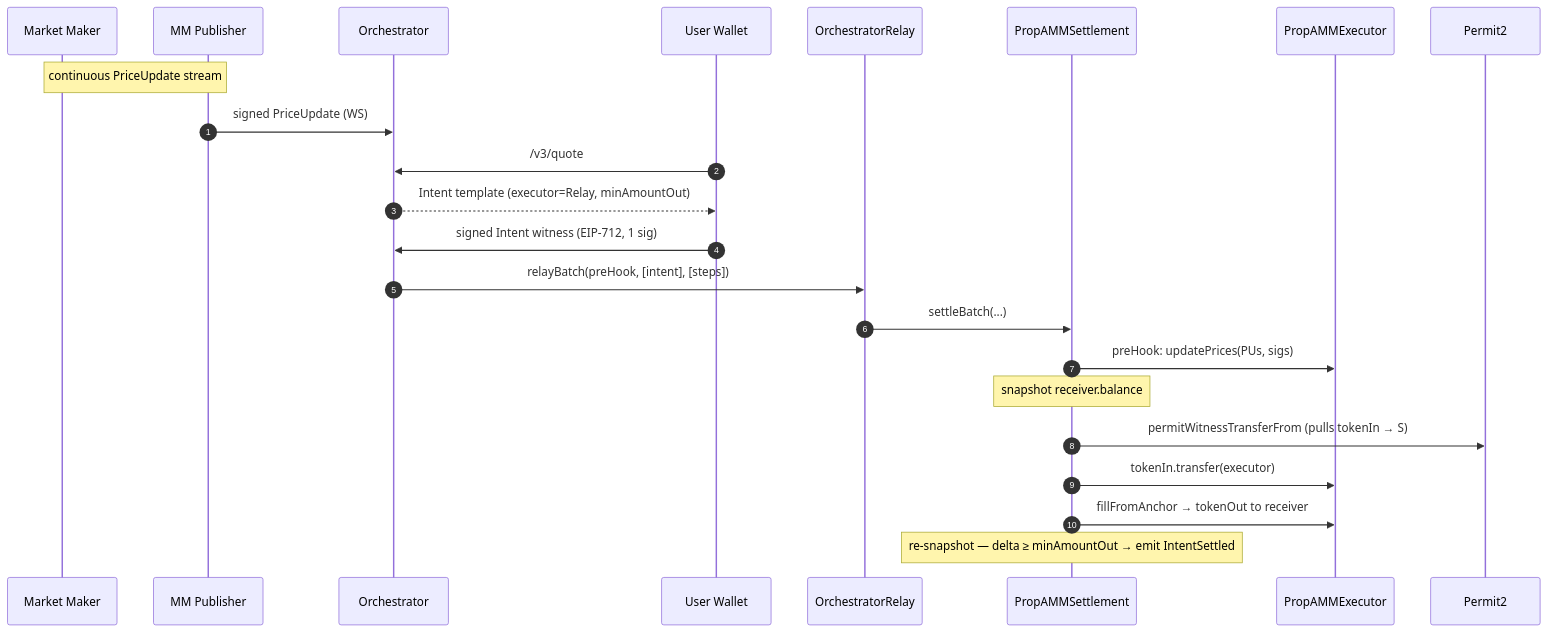
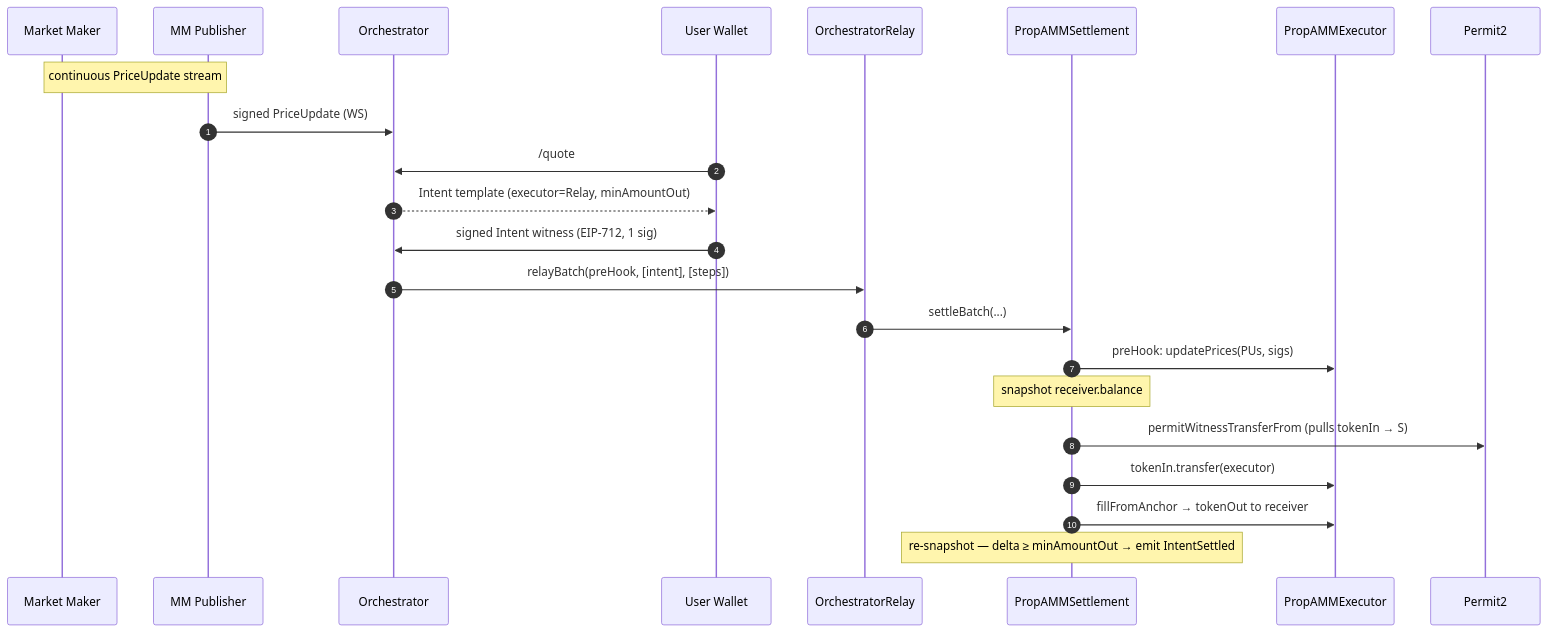
The diagram in docs/propamm-on-base.md (bcnmy/propamm-base), drawn with Mermaid before and after one commit.

Commit message:
docs: drop version label from quote endpoint in flow diagram

````diff
--- a/docs/propamm-on-base.md
+++ b/docs/propamm-on-base.md
@@ -104,26 +104,26 @@
 ```mermaid
 sequenceDiagram
     autonumber
     participant MM as Market Maker
     participant Pub as MM Publisher
     participant Orch as Orchestrator
     participant U as User Wallet
     participant Relay as OrchestratorRelay
     participant S as PropAMMSettlement
     participant Exec as PropAMMExecutor
     participant P as Permit2
 
     Note over MM,Pub: continuous PriceUpdate stream
     Pub->>Orch: signed PriceUpdate (WS)
-    U->>Orch: /v3/quote
+    U->>Orch: /quote
     Orch-->>U: Intent template (executor=Relay, minAmountOut)
     U->>Orch: signed Intent witness (EIP-712, 1 sig)
     Orch->>Relay: relayBatch(preHook, [intent], [steps])
     Relay->>S: settleBatch(...)
     S->>Exec: preHook: updatePrices(PUs, sigs)
     Note over S: snapshot receiver.balance
     S->>P: permitWitnessTransferFrom (pulls tokenIn → S)
     S->>Exec: tokenIn.transfer(executor)
     S->>Exec: fillFromAnchor → tokenOut to receiver
     Note over S: re-snapshot — delta ≥ minAmountOut → emit IntentSettled
 ```
````
